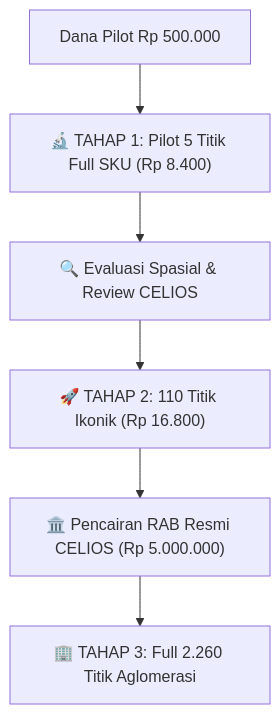
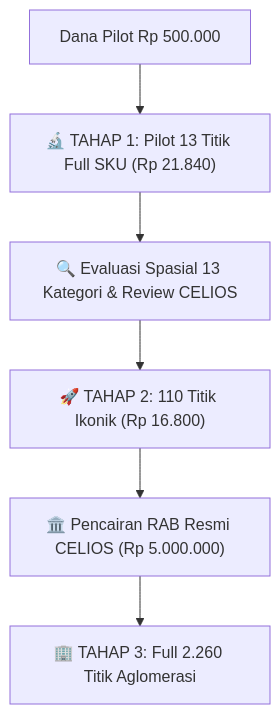
One commit to HenryAi-SIBERMU/SP changed the first of 7 diagrams in docs/PLAN-PROOF-OF-WORK-SOLAR-API-JABODETABEK.md. Above: the diagram before and after it, drawn with Mermaid. The commit also changed other lines of this file and 71 other files, not shown here.

````diff
--- a/docs/PLAN-PROOF-OF-WORK-SOLAR-API-JABODETABEK.md
+++ b/docs/PLAN-PROOF-OF-WORK-SOLAR-API-JABODETABEK.md
@@ -22,8 +22,8 @@
 ```mermaid
 graph TD
-    Budget["Dana Pilot Rp 500.000"] --> Tahap1["🔬 TAHAP 1: Pilot 5 Titik Full SKU (Rp 8.400)"]
-    Tahap1 --> Review["🔍 Evaluasi Spasial & Review CELIOS"]
+    Budget["Dana Pilot Rp 500.000"] --> Tahap1["🔬 TAHAP 1: Pilot 13 Titik Full SKU (Rp 21.840)"]
+    Tahap1 --> Review["🔍 Evaluasi Spasial 13 Kategori & Review CELIOS"]
     Review --> Tahap2["🚀 TAHAP 2: 110 Titik Ikonik (Rp 16.800)"]
     Tahap2 --> Pencairan["🏛️ Pencairan RAB Resmi CELIOS (Rp 5.000.000)"]
     Pencairan --> Tahap3["🏢 TAHAP 3: Full 2.260 Titik Aglomerasi"]
 ```
````
